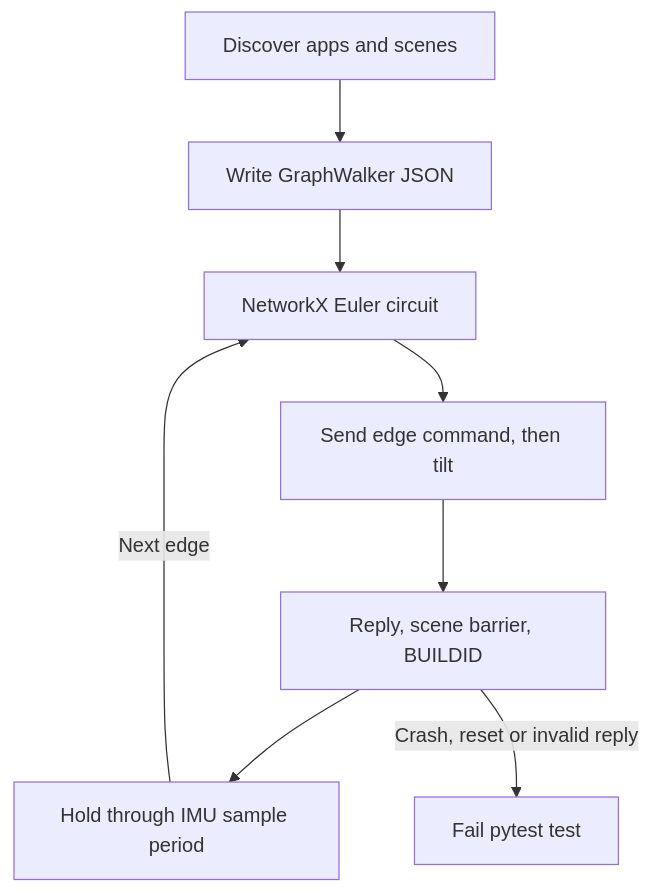
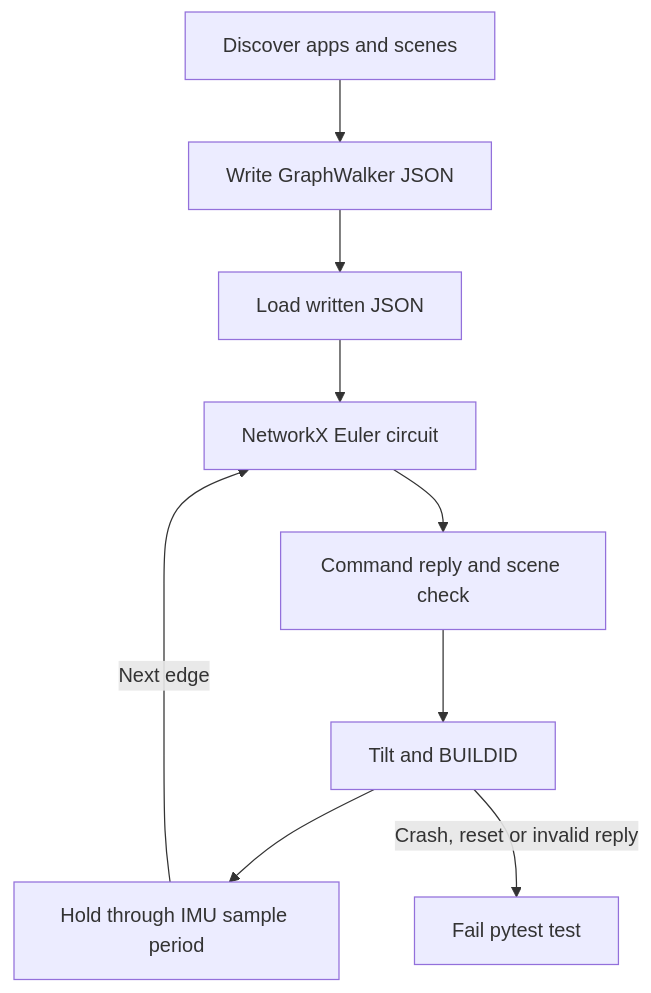
One commit to jose-villegas/autana changed the second of 3 diagrams in docs/Testing-Guide.md. Above: the diagram before and after it, drawn with Mermaid. The commit also changed other lines of this file and 12 other files, not shown here.

````diff
--- a/docs/Testing-Guide.md
+++ b/docs/Testing-Guide.md
@@ -633,10 +638,11 @@
 ```mermaid
 flowchart TD
     Discover["Discover apps and scenes"] --> Model["Write GraphWalker JSON"]
-    Model --> Walk["NetworkX Euler circuit"]
-    Walk --> Send["Send edge command, then tilt"]
-    Send --> Check["Reply, scene barrier, BUILDID"]
+    Model --> Load["Load written JSON"]
+    Load --> Walk["NetworkX Euler circuit"]
+    Walk --> Send["Command reply and scene check"]
+    Send --> Check["Tilt and BUILDID"]
     Check --> Hold["Hold through IMU sample period"]
     Hold -->|Next edge| Walk
     Check -->|Crash, reset or invalid reply| Fail["Fail pytest test"]
 ```
````
